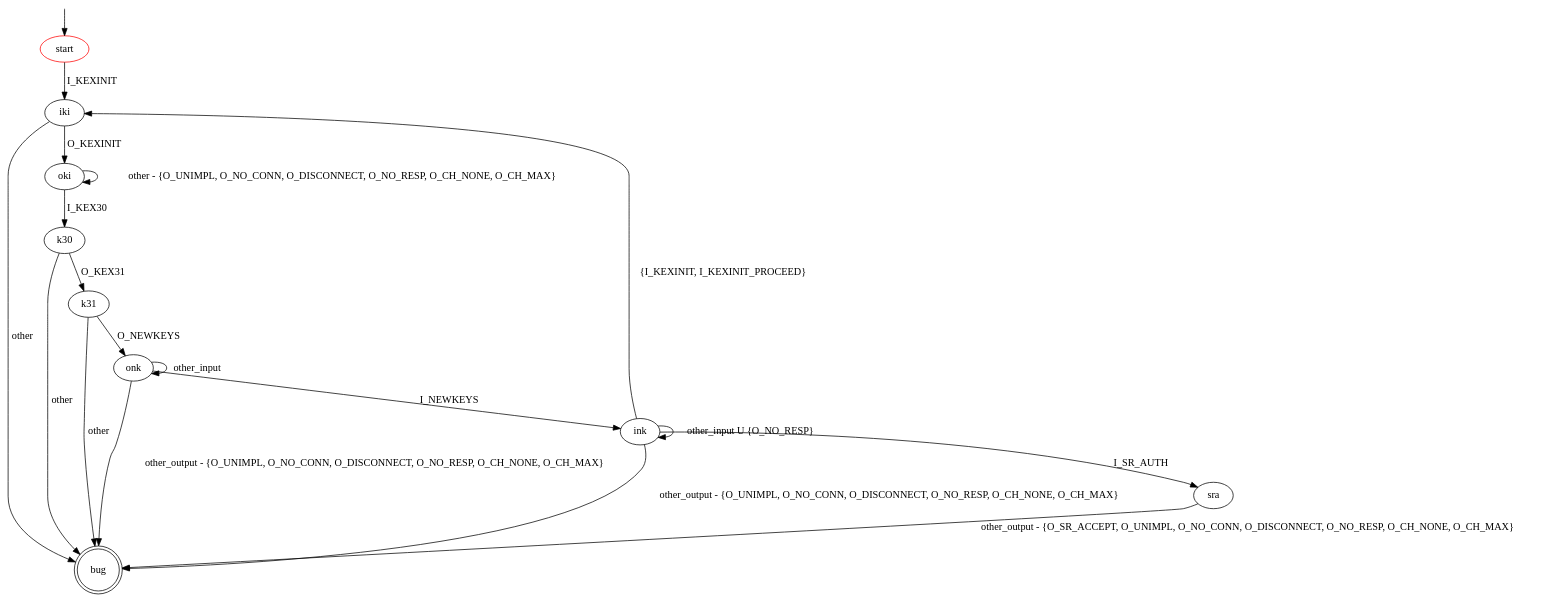
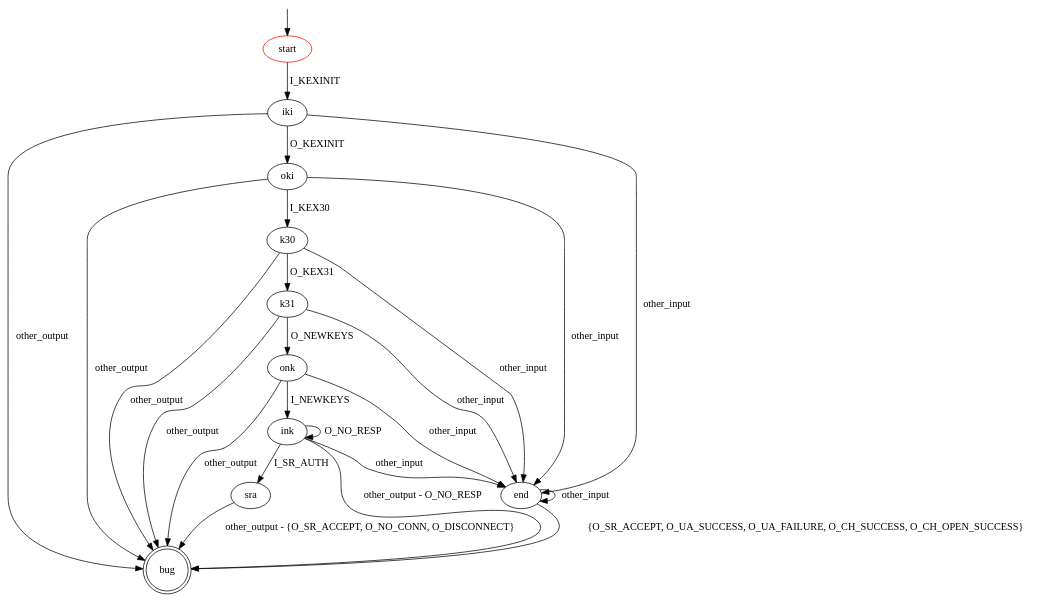
The diagram in src/main/resources/patterns/ssh/transport_layer_bug.dot (assist-project/state-machine-bug-finder), drawn with Graphviz before and after one commit. The commit also changed 2 other files, not shown here.

Commit message:
Updated bug patterns

```diff
--- a/src/main/resources/patterns/ssh/transport_layer_bug.dot
+++ b/src/main/resources/patterns/ssh/transport_layer_bug.dot
@@ -1,32 +1,40 @@
 digraph G {
 label=""
 start [color="red"]
 bug [shape="doublecircle"]
 
 start -> iki [label="I_KEXINIT"]
+
 iki -> oki [label="O_KEXINIT"]
-iki -> bug [label="other"]
+iki -> end [label="other_input"]
+iki -> bug [label="other_output"]
 
 oki -> k30 [label="I_KEX30"]
-oki -> oki [label="other - {O_UNIMPL, O_NO_CONN, O_DISCONNECT, O_NO_RESP, O_CH_NONE, O_CH_MAX}"]
+oki -> end [label="other_input"]
+oki -> bug [label="other_output"]
 
 k30 -> k31 [label="O_KEX31"]
-k30 -> bug [label="other"]
+k30 -> end [label="other_input"]
+k30 -> bug [label="other_output"]
 
 k31 -> onk [label="O_NEWKEYS"]
-k31 -> bug [label="other"]
+k31 -> end [label="other_input"]
+k31 -> bug [label="other_output"]
 
 onk -> ink [label="I_NEWKEYS"]
-onk -> bug [label="other_output - {O_UNIMPL, O_NO_CONN, O_DISCONNECT, O_NO_RESP, O_CH_NONE, O_CH_MAX}"]
-onk -> onk [label="other_input"]
+onk -> end [label="other_input"]
+onk -> bug [label="other_output"]
 
 ink -> sra [label="I_SR_AUTH"]
-ink -> iki [label="{I_KEXINIT, I_KEXINIT_PROCEED}"]
-ink -> bug [label="other_output - {O_UNIMPL, O_NO_CONN, O_DISCONNECT, O_NO_RESP, O_CH_NONE, O_CH_MAX}"]
-ink -> ink [label="other_input U {O_NO_RESP}"]
+ink -> ink [label="O_NO_RESP"]
+ink -> end [label="other_input"]
+ink -> bug [label="other_output - O_NO_RESP"]
 
-sra -> bug [label="other_output - {O_SR_ACCEPT, O_UNIMPL, O_NO_CONN, O_DISCONNECT, O_NO_RESP, O_CH_NONE, O_CH_MAX}"]
+sra -> bug [label="other_output - {O_SR_ACCEPT, O_NO_CONN, O_DISCONNECT}"]
+
+end -> bug [label="{O_SR_ACCEPT, O_UA_SUCCESS, O_UA_FAILURE, O_CH_SUCCESS, O_CH_OPEN_SUCCESS}"]
+end -> end [label="other_input"]
 
 __start0 [label="" shape="none" width="0" height="0"];
 __start0 -> start;
 }
```
